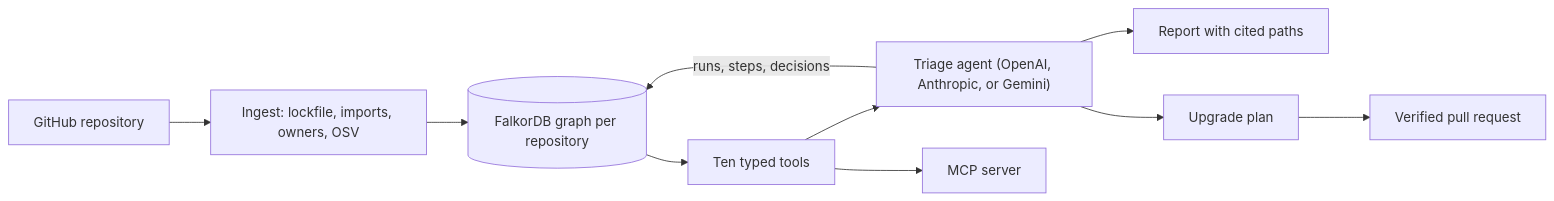
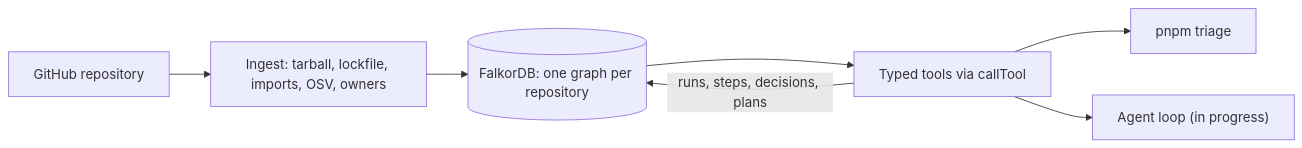
The first of 2 diagrams in README.md (sakibalig/noderunner), drawn with Mermaid before and after one commit. The commit also changed other lines of this file and 2 other files, not shown here.

First line of the commit message:
docs: rewrite the README around what runs today, and license under MIT (T30)

````diff
--- a/README.md
+++ b/README.md
@@ -42,12 +97,9 @@
 ```mermaid
 flowchart LR
-    repo["GitHub repository"] --> ingest["Ingest: lockfile, imports, owners, OSV"]
-    ingest --> db[("FalkorDB graph per repository")]
-    db --> tools["Ten typed tools"]
-    tools --> agent["Triage agent (OpenAI, Anthropic, or Gemini)"]
-    tools --> mcp["MCP server"]
-    agent --> report["Report with cited paths"]
-    agent --> plan["Upgrade plan"]
-    plan --> pr["Verified pull request"]
-    agent -->|"runs, steps, decisions"| db
+    repo["GitHub repository"] --> ingest["Ingest: tarball, lockfile, imports, OSV, owners"]
+    ingest --> db[("FalkorDB: one graph per repository")]
+    db --> tools["Typed tools via callTool"]
+    tools --> cli["pnpm triage"]
+    tools --> agent["Agent loop (in progress)"]
+    tools -->|"runs, steps, decisions, plans"| db
 ```
````
